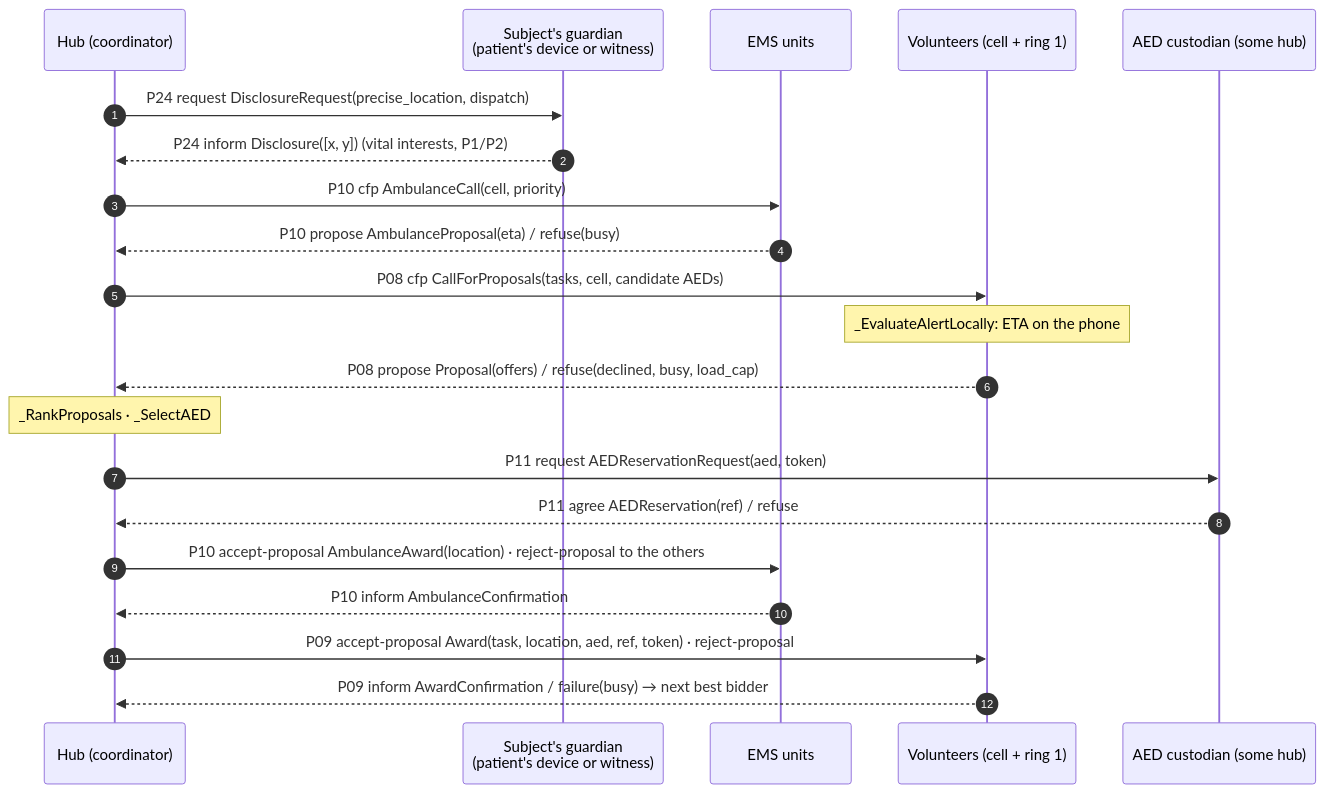
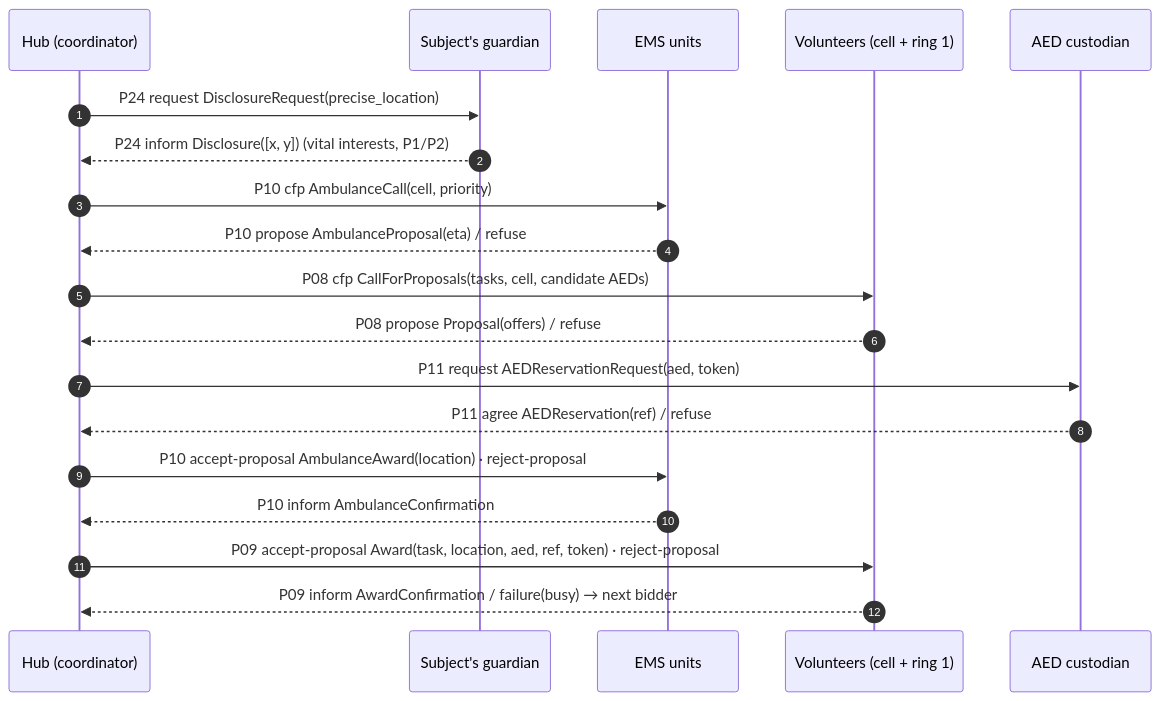
Before and after one commit to rodrigoilde/fcup-isia: the second of 3 diagrams in docs/04-protocols-and-messages.md, drawn with Mermaid. The commit also changed other lines of this file and 12 other files, not shown here.

````diff
--- a/docs/04-protocols-and-messages.md
+++ b/docs/04-protocols-and-messages.md
@@ -97,23 +77,21 @@
 ```mermaid
 sequenceDiagram
     autonumber
     participant H as Hub (coordinator)
-    participant G as Subject's guardian<br/>(patient's device or witness)
+    participant G as Subject's guardian
     participant E as EMS units
     participant V as Volunteers (cell + ring 1)
-    participant C as AED custodian (some hub)
-    H->>G: P24 request DisclosureRequest(precise_location, dispatch)
+    participant C as AED custodian
+    H->>G: P24 request DisclosureRequest(precise_location)
     G-->>H: P24 inform Disclosure([x, y]) (vital interests, P1/P2)
     H->>E: P10 cfp AmbulanceCall(cell, priority)
-    E-->>H: P10 propose AmbulanceProposal(eta) / refuse(busy)
+    E-->>H: P10 propose AmbulanceProposal(eta) / refuse
     H->>V: P08 cfp CallForProposals(tasks, cell, candidate AEDs)
-    Note over V: _EvaluateAlertLocally: ETA on the phone
-    V-->>H: P08 propose Proposal(offers) / refuse(declined, busy, load_cap)
-    Note over H: _RankProposals · _SelectAED
+    V-->>H: P08 propose Proposal(offers) / refuse
     H->>C: P11 request AEDReservationRequest(aed, token)
     C-->>H: P11 agree AEDReservation(ref) / refuse
-    H->>E: P10 accept-proposal AmbulanceAward(location) · reject-proposal to the others
+    H->>E: P10 accept-proposal AmbulanceAward(location) · reject-proposal
     E-->>H: P10 inform AmbulanceConfirmation
     H->>V: P09 accept-proposal Award(task, location, aed, ref, token) · reject-proposal
-    V-->>H: P09 inform AwardConfirmation / failure(busy) → next best bidder
+    V-->>H: P09 inform AwardConfirmation / failure(busy) → next bidder
 ```
````
